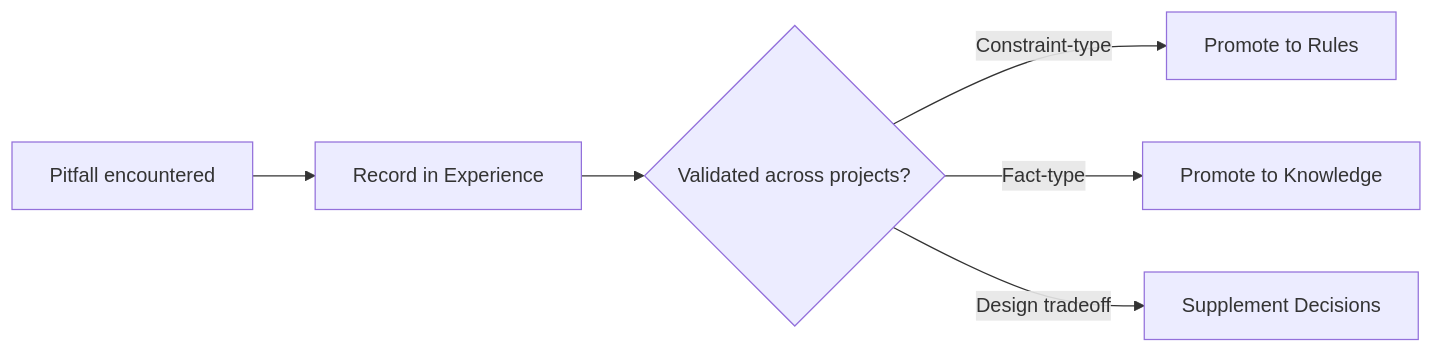
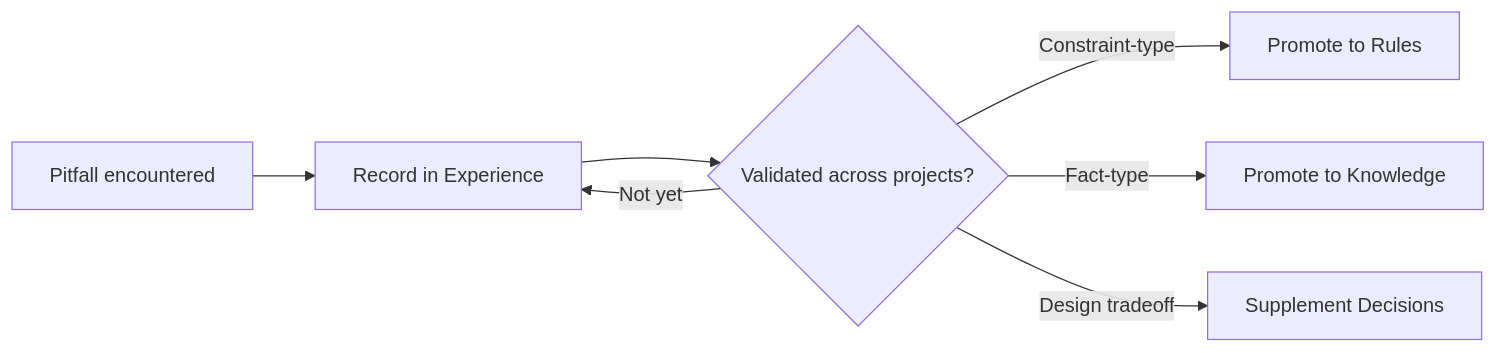
Before and after one commit to lee259/lee259.github.io: the second of 2 diagrams in src/content/posts/agent-memory-6-layer-framework.md, drawn with Mermaid. The commit also changed other lines of this file and 1 other file, not shown here.

Commit message:
fix: sync blog content with source - add missing Mermaid edge, changelog, fix headings

````diff
--- a/src/content/posts/agent-memory-6-layer-framework.md
+++ b/src/content/posts/agent-memory-6-layer-framework.md
@@ -133,8 +133,9 @@
 ```mermaid
 flowchart LR
     A[Pitfall encountered] --> B[Record in Experience]
     B --> C{Validated across projects?}
+    C -- Not yet --> B
     C -- Constraint-type --> D[Promote to Rules]
     C -- Fact-type --> E[Promote to Knowledge]
     C -- Design tradeoff --> F[Supplement Decisions]
 ```
````
